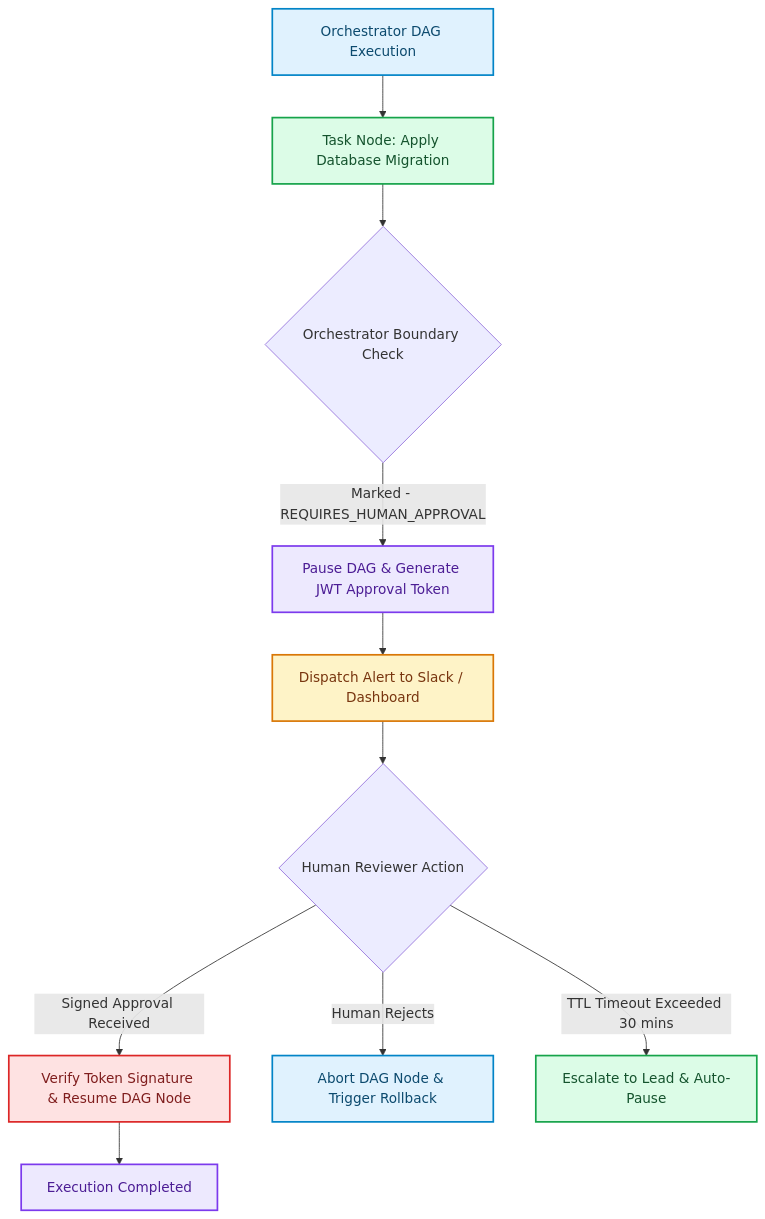
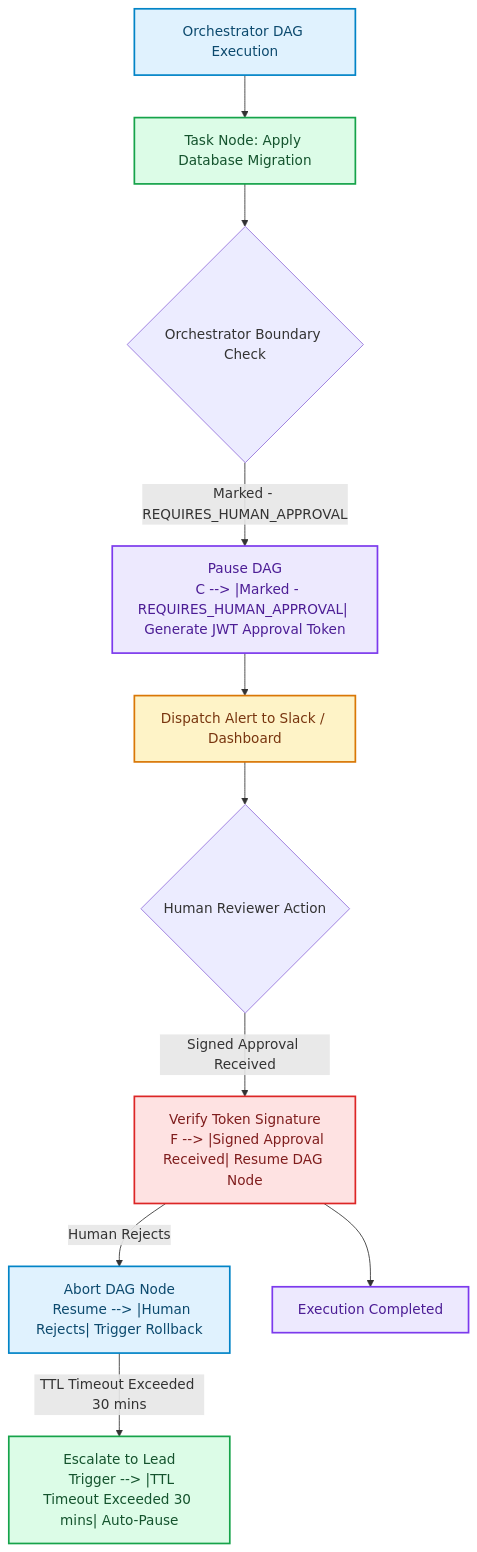
The diagram in blog/posts/orchestrator-hitl-gateways-escalation-approval-state-machines.md (akmalkhaniub/akmalkhaniub.github.io), drawn with Mermaid before and after one commit. The commit also changed other lines of this file and 894 other files, not shown here.

Commit message:
feat(blog): upgrade all 444 posts with unique staggered dates, 2-col Mermaid spines, benchmark tables, code blocks, and trade-offs

````diff
--- a/blog/posts/orchestrator-hitl-gateways-escalation-approval-state-machines.md
+++ b/blog/posts/orchestrator-hitl-gateways-escalation-approval-state-machines.md
@@ -17,25 +17,29 @@
 ```mermaid
 flowchart TD
   A["Orchestrator DAG Execution"] --> B["Task Node: Apply Database Migration"]
   B --> C{Orchestrator Boundary Check}
-  C -->|Marked - REQUIRES_HUMAN_APPROVAL| D["Pause DAG & Generate JWT Approval Token"]
+  C --> |Marked - REQUIRES_HUMAN_APPROVAL| D["Pause DAG
+  C --> |Marked - REQUIRES_HUMAN_APPROVAL| Generate JWT Approval Token"]
   D --> E["Dispatch Alert to Slack / Dashboard"]
   
   E --> F{Human Reviewer Action}
-  F -->|Signed Approval Received| G["Verify Token Signature & Resume DAG Node"]
-  F -->|Human Rejects| H["Abort DAG Node & Trigger Rollback"]
-  F -->|TTL Timeout Exceeded 30 mins| I["Escalate to Lead & Auto-Pause"]
+  F --> |Signed Approval Received| G["Verify Token Signature
+  F --> |Signed Approval Received| Resume DAG Node"]
+  G --> |Human Rejects| H["Abort DAG Node
+  Resume --> |Human Rejects| Trigger Rollback"]
+  H --> |TTL Timeout Exceeded 30 mins| I["Escalate to Lead
+  Trigger --> |TTL Timeout Exceeded 30 mins| Auto-Pause"]
   
   G --> J["Execution Completed"]
 
 classDef green fill:#dcfce7,stroke:#16a34a,stroke-width:2px,color:#14532d;
 classDef red fill:#fee2e2,stroke:#dc2626,stroke-width:2px,color:#7f1d1d;
 classDef blue fill:#e0f2fe,stroke:#0284c7,stroke-width:2px,color:#0c4a6e;
 classDef yellow fill:#fef3c7,stroke:#d97706,stroke-width:2px,color:#78350f;
 classDef purple fill:#ede9fe,stroke:#7c3aed,stroke-width:2px,color:#4c1d95;
 class A,H blue
 class B,I green
 class D,J purple
 class E yellow
 class G red
 ```
````
